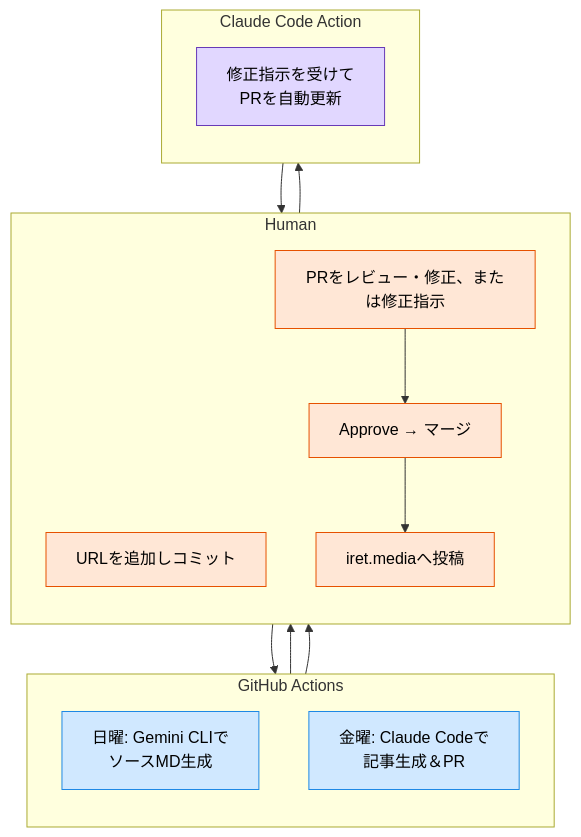
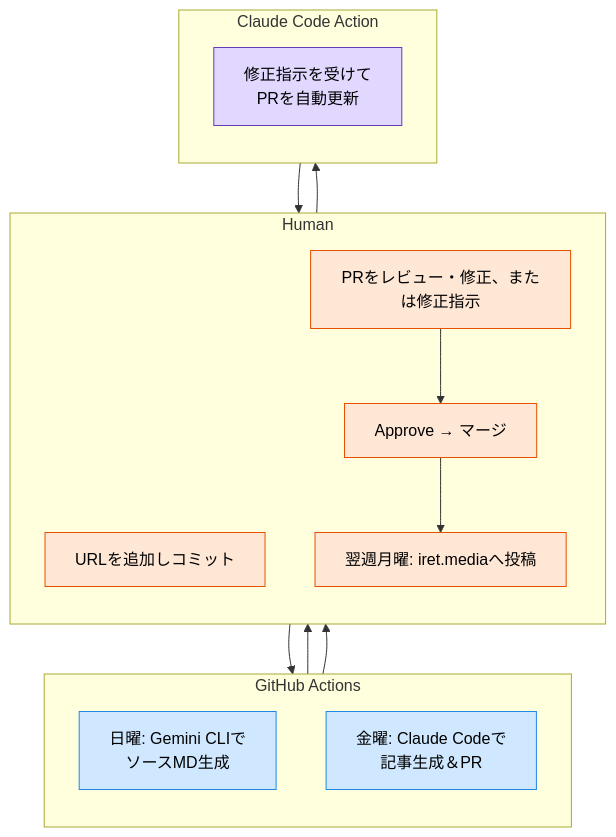
The diagram in articles/genai-news-blog-tech-stack.md (danishi/zenn-docs), drawn with Mermaid before and after one commit. The commit also changed other lines of this file, not shown here.

````diff
--- a/articles/genai-news-blog-tech-stack.md
+++ b/articles/genai-news-blog-tech-stack.md
@@ -90,36 +90,36 @@
 ```mermaid
 flowchart
   %% ── レーン定義 ───────────────────
   subgraph ActionsLane [GitHub Actions]
     direction TB
     A1[日曜: Gemini CLIで<br>ソースMD生成]:::actions
     A3[金曜: Claude Codeで<br>記事生成＆PR]:::actions
   end
 
   subgraph HumanLane [Human]
     direction TB
     H1[URLを追加しコミット]:::human
     H2a[PRをレビュー・修正、または修正指示]:::human
     H3[Approve → マージ]:::human
-    H4[iret.mediaへ投稿]:::human
+    H4[翌週月曜: iret.mediaへ投稿]:::human
   end
 
   subgraph AILane [Claude Code Action]
     direction TB
     C2[修正指示を受けて<br>PRを自動更新]:::ai
   end
 
   %% ── フロー ──────────────────────
   A1 --> H1
   H1 --> A3
   A3 --> H2a
   H2a --> C2
   C2 --> H2a
   H2a --> H3
   H3 --> H4
 
   %% ── スタイル定義 ─────────────────
   classDef actions fill:#d0e8ff,stroke:#1e88e5,color:#000;
   classDef human   fill:#ffe7d6,stroke:#e65100,color:#000;
   classDef ai      fill:#e1d7ff,stroke:#673ab7,color:#000;
 ```
````
